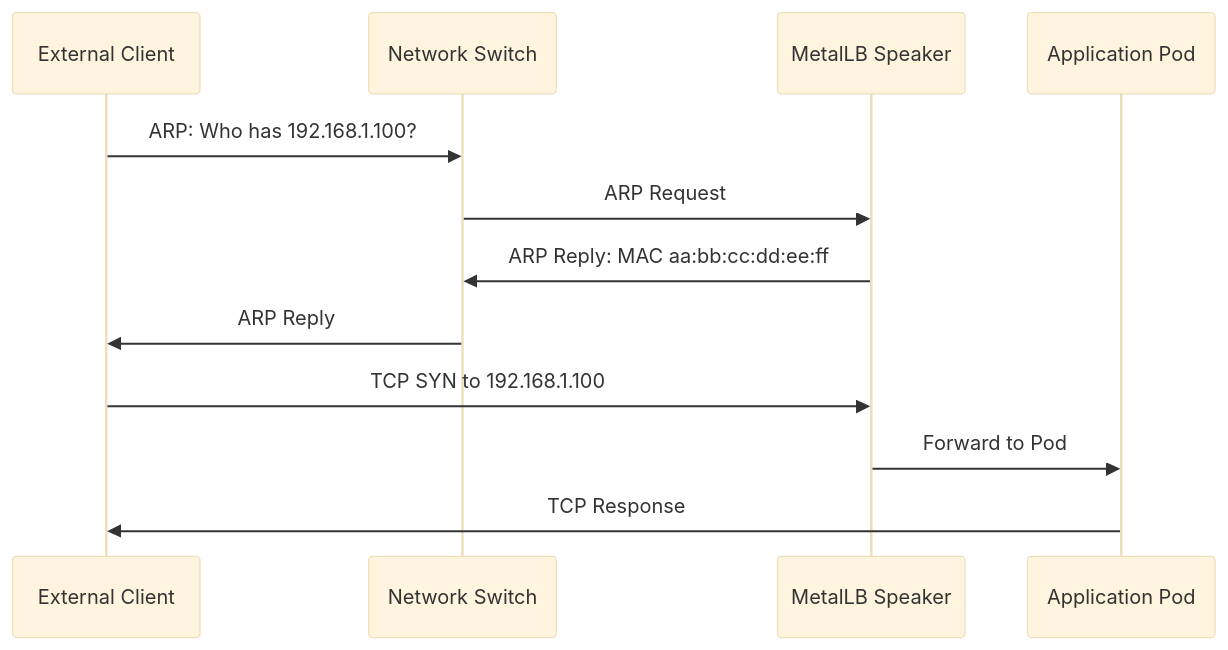
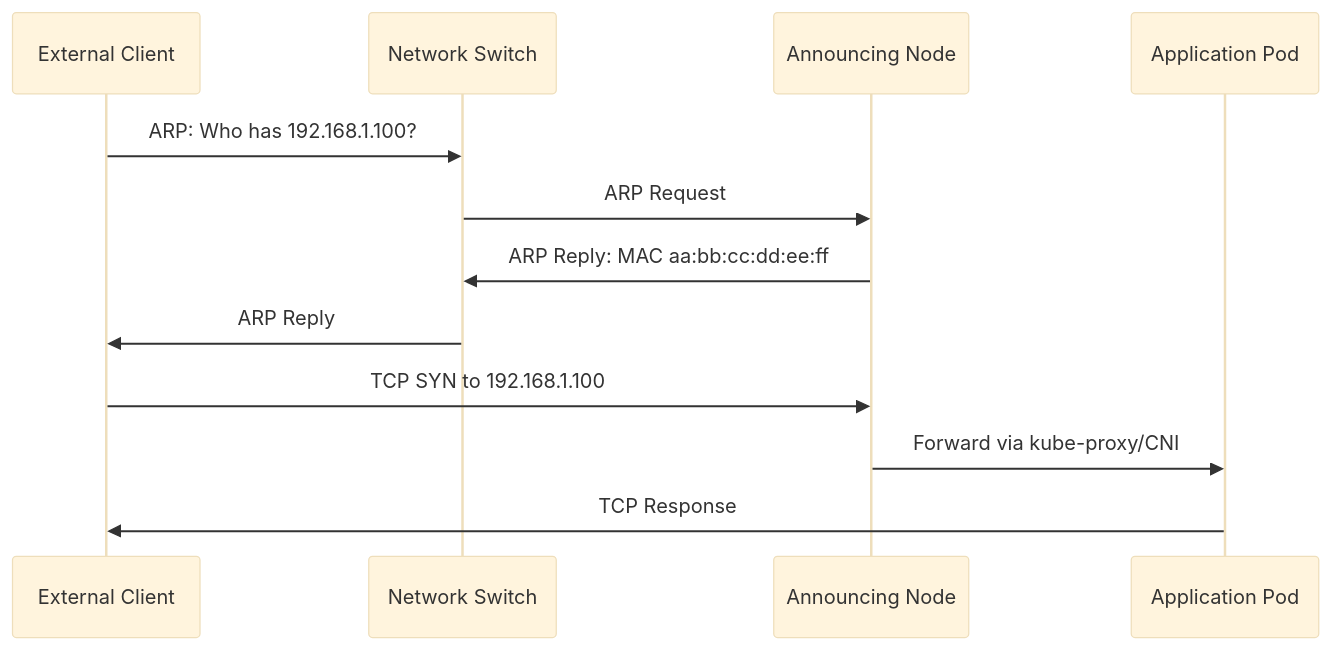
The second of 3 diagrams in posts/2026-01-07-metallb-traffic-not-reaching-pods/README.md (OneUptime/blog), drawn with Mermaid (base theme) before and after one commit. The commit also changed other lines of this file and 2 other files, not shown here.

````diff
--- a/posts/2026-01-07-metallb-traffic-not-reaching-pods/README.md
+++ b/posts/2026-01-07-metallb-traffic-not-reaching-pods/README.md
@@ -152,15 +156,15 @@
 ```mermaid
 sequenceDiagram
     participant Client as External Client
     participant Switch as Network Switch
-    participant Speaker as MetalLB Speaker
+    participant Node as Announcing Node
     participant Pod as Application Pod
 
     Client->>Switch: ARP: Who has 192.168.1.100?
-    Switch->>Speaker: ARP Request
-    Speaker->>Switch: ARP Reply: MAC aa:bb:cc:dd:ee:ff
+    Switch->>Node: ARP Request
+    Node->>Switch: ARP Reply: MAC aa:bb:cc:dd:ee:ff
     Switch->>Client: ARP Reply
-    Client->>Speaker: TCP SYN to 192.168.1.100
-    Speaker->>Pod: Forward to Pod
+    Client->>Node: TCP SYN to 192.168.1.100
+    Node->>Pod: Forward via kube-proxy/CNI
     Pod->>Client: TCP Response
 ```
````
